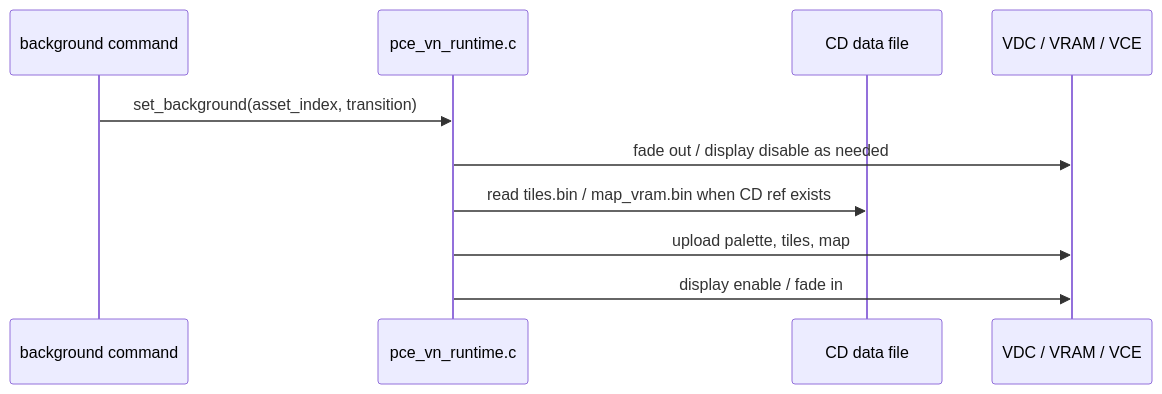
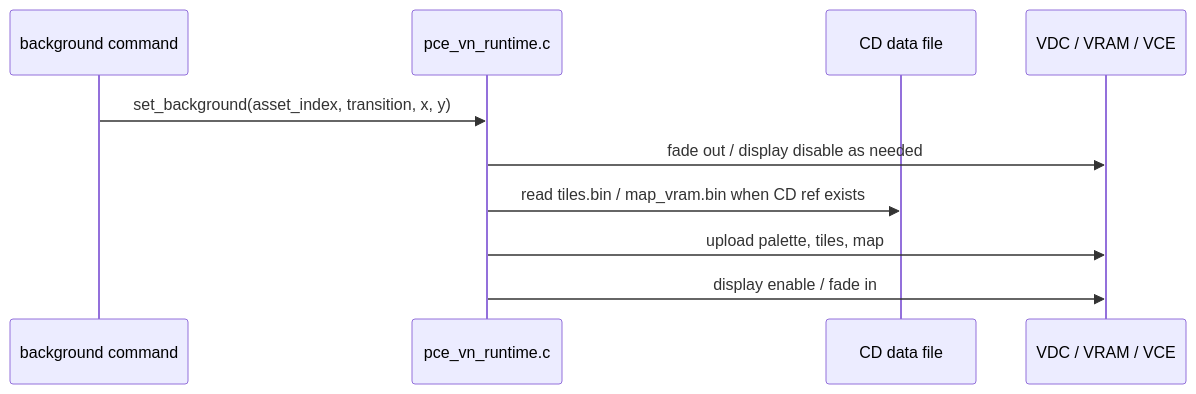
The third of 6 diagrams in docs/pce-media-programming-guide.md (HOSSIE-JP/pce-game-editor), drawn with Mermaid before and after one commit. The commit also changed other lines of this file and 17 other files, not shown here.

````diff
--- a/docs/pce-media-programming-guide.md
+++ b/docs/pce-media-programming-guide.md
@@ -572,12 +582,12 @@
 ```mermaid
 sequenceDiagram
   participant Scene as background command
   participant RT as pce_vn_runtime.c
   participant CD as CD data file
   participant VDC as VDC / VRAM / VCE
-  Scene->>RT: set_background(asset_index, transition)
+  Scene->>RT: set_background(asset_index, transition, x, y)
   RT->>VDC: fade out / display disable as needed
   RT->>CD: read tiles.bin / map_vram.bin when CD ref exists
   RT->>VDC: upload palette, tiles, map
   RT->>VDC: display enable / fade in
 ```
````
